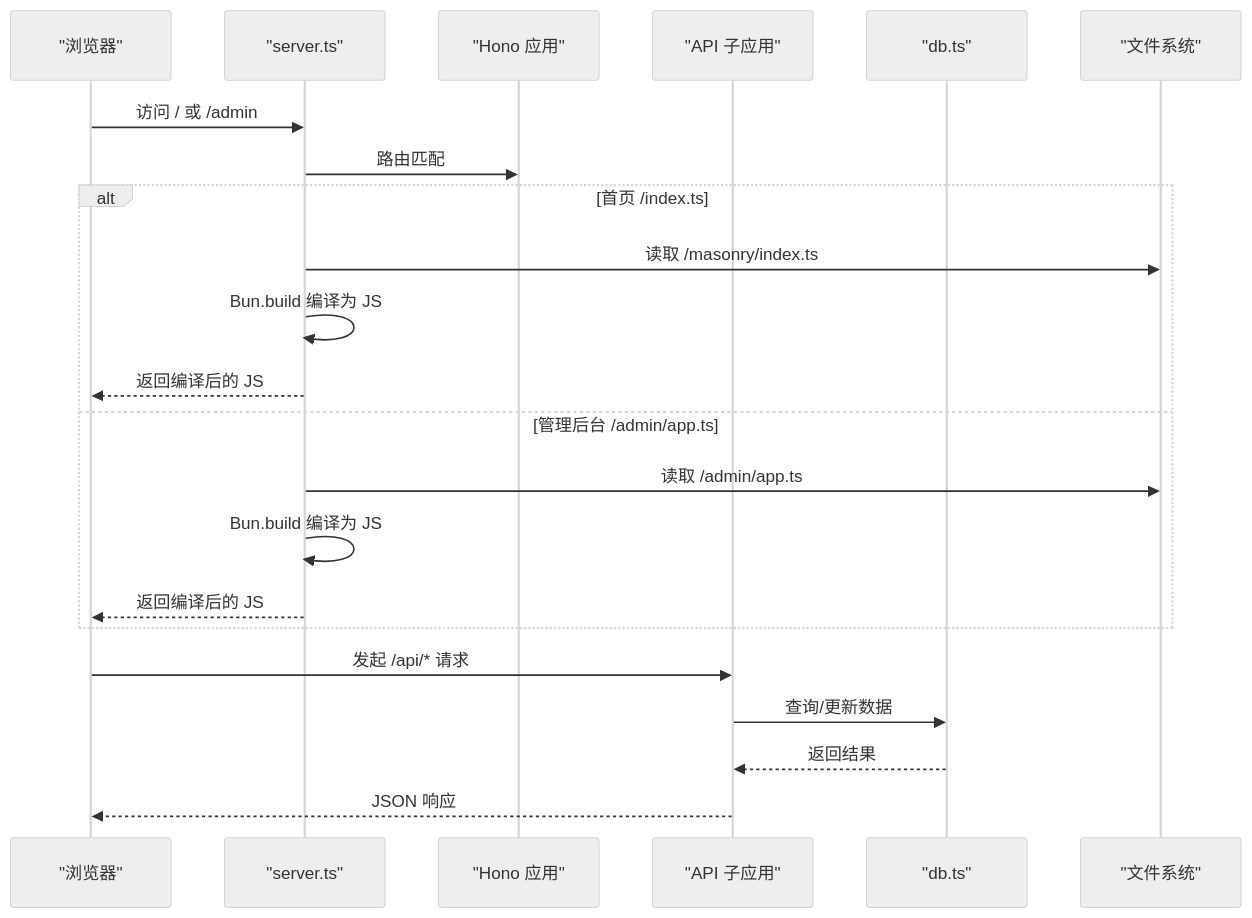
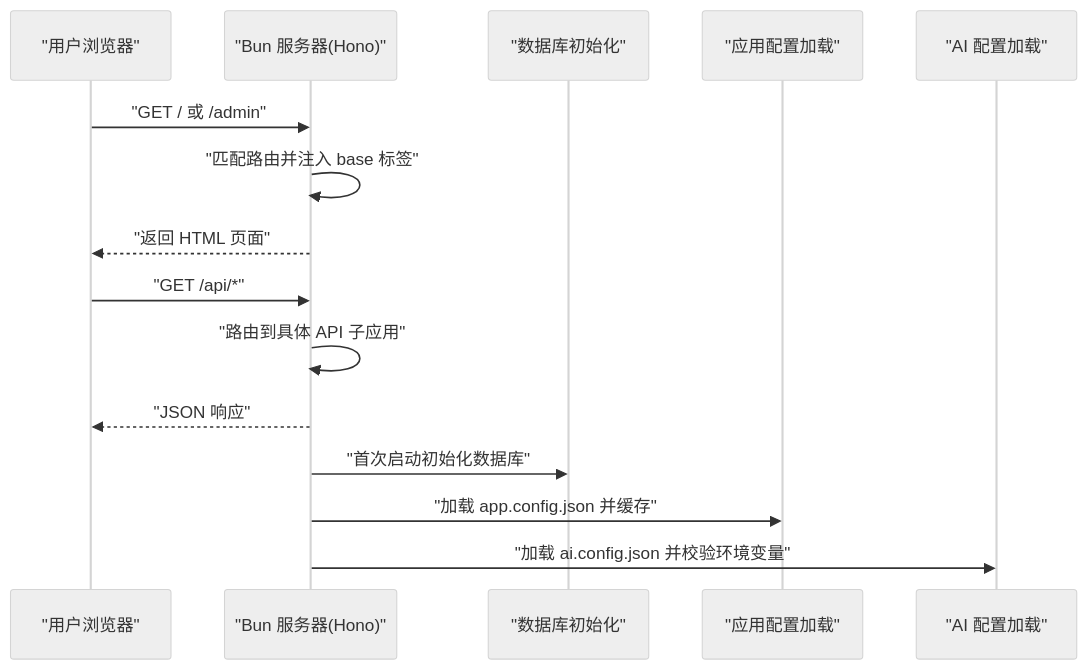
Before and after one commit to BlackBoxRecorder/memos: the second of 3 diagrams in .qoder/repowiki/zh/content/开发指南/开发环境搭建.md, drawn with Mermaid (neutral theme). The commit also changed other lines of this file and 83 other files, not shown here.

````diff
--- a/.qoder/repowiki/zh/content/开发指南/开发环境搭建.md
+++ b/.qoder/repowiki/zh/content/开发指南/开发环境搭建.md
@@ -130,24 +80,17 @@
 ```mermaid
 sequenceDiagram
-participant Browser as "浏览器"
-participant Server as "server.ts"
-participant Hono as "Hono 应用"
-participant API as "API 子应用"
-participant DB as "db.ts"
-participant FS as "文件系统"
-Browser->>Server : 访问 / 或 /admin
-Server->>Hono : 路由匹配
-alt 首页 /index.ts
-Server->>FS : 读取 /masonry/index.ts
-Server->>Server : Bun.build 编译为 JS
-Server-->>Browser : 返回编译后的 JS
-else 管理后台 /admin/app.ts
-Server->>FS : 读取 /admin/app.ts
-Server->>Server : Bun.build 编译为 JS
-Server-->>Browser : 返回编译后的 JS
-end
-Browser->>API : 发起 /api/* 请求
-API->>DB : 查询/更新数据
-DB-->>API : 返回结果
-API-->>Browser : JSON 响应
+participant U as "用户浏览器"
+participant S as "Bun 服务器(Hono)"
+participant DB as "数据库初始化"
+participant AC as "应用配置加载"
+participant AI as "AI 配置加载"
+U->>S : "GET / 或 /admin"
+S->>S : "匹配路由并注入 base 标签"
+S-->>U : "返回 HTML 页面"
+U->>S : "GET /api/*"
+S->>S : "路由到具体 API 子应用"
+S-->>U : "JSON 响应"
+S->>DB : "首次启动初始化数据库"
+S->>AC : "加载 app.config.json 并缓存"
+S->>AI : "加载 ai.config.json 并校验环境变量"
 ```
````
